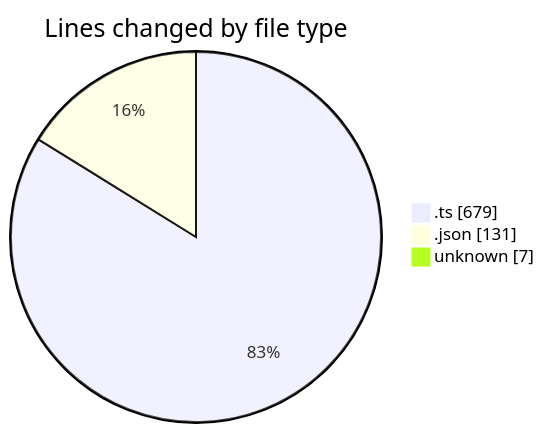
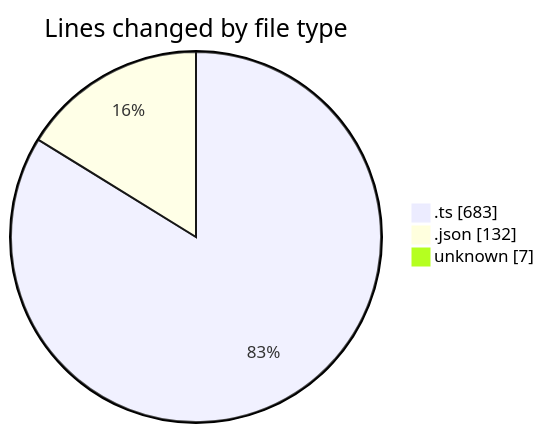
The first of 2 diagrams in 2025-08-24/chatgpt-extension/README.md (EIIisD/code-tracking), drawn with Mermaid before and after one commit. The commit also changed other lines of this file and 1 other file, not shown here.

````diff
--- a/2025-08-24/chatgpt-extension/README.md
+++ b/2025-08-24/chatgpt-extension/README.md
@@ -24,7 +24,7 @@
 ```mermaid
 pie showData
 title Lines changed by file type
-".ts" : 679
-".json" : 131
+".ts" : 683
+".json" : 132
 "unknown" : 7
 ```
````
